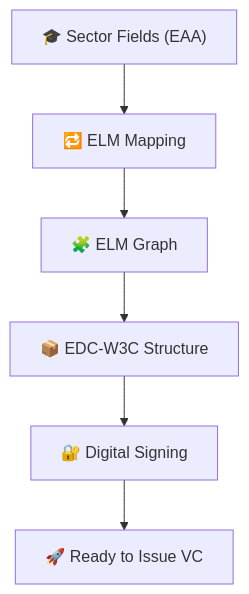
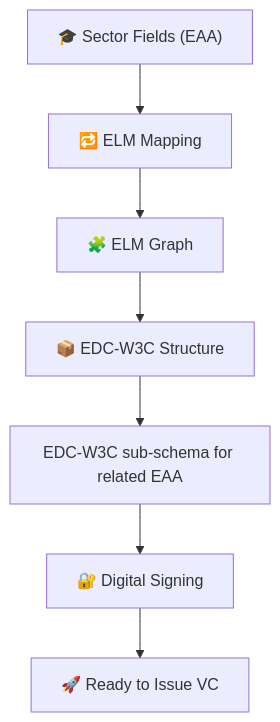
One commit to dc4eu/educational-pilot changed the first of 3 diagrams in sectorial-eaa-catalogue/schemes-data-models/EDC-W3C-Credential-Process-Guide.md. Above: the diagram before and after it, drawn with Mermaid.

````diff
--- a/sectorial-eaa-catalogue/schemes-data-models/EDC-W3C-Credential-Process-Guide.md
+++ b/sectorial-eaa-catalogue/schemes-data-models/EDC-W3C-Credential-Process-Guide.md
@@ -14,11 +14,12 @@
 ```mermaid
 flowchart TD
   FIELDS["🎓 Sector Fields (EAA)"]
   MAPPING["🔁 ELM Mapping"]
   ELMSTRUCT["🧩 ELM Graph"]
   VCSTRUCT["📦 EDC-W3C Structure"]
+  EDCW3CSCH["EDC-W3C sub-schema for related EAA"]
   SIGNING["🔐 Digital Signing"]
   OUTPUT["🚀 Ready to Issue VC"]
 
-  FIELDS --> MAPPING --> ELMSTRUCT --> VCSTRUCT --> SIGNING --> OUTPUT
+  FIELDS --> MAPPING --> ELMSTRUCT --> VCSTRUCT --> EDCW3CSCH --> SIGNING --> OUTPUT
 ```
````
